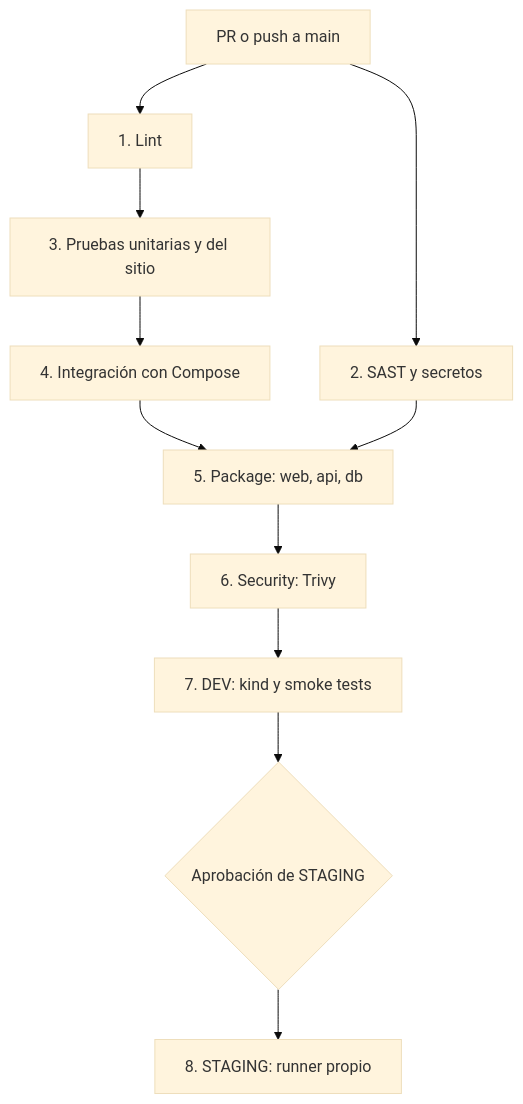
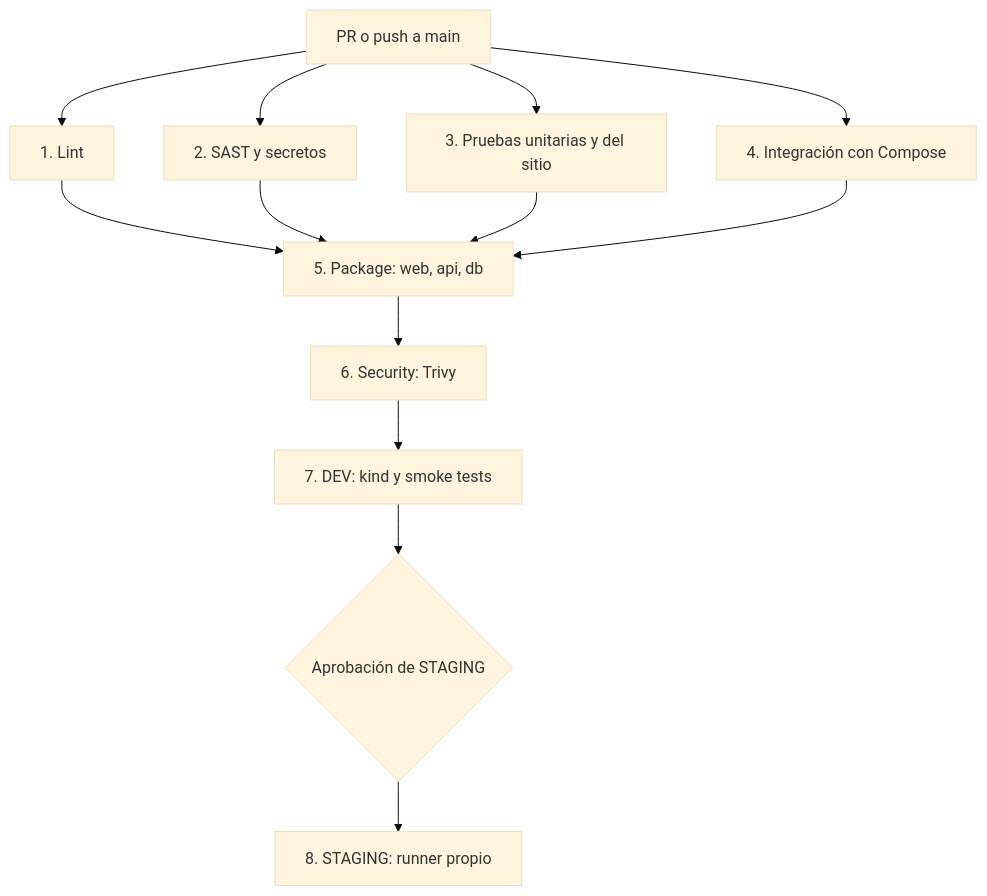
Before and after one commit to ConnieDR8/demo-cicd: the diagram in README.md, drawn with Mermaid (base theme). The commit also changed other lines of this file and 1 other file, not shown here.

````diff
--- a/README.md
+++ b/README.md
@@ -25,13 +25,15 @@
 ```mermaid
 flowchart TD
     Inicio["PR o push a main"] --> Lint["1. Lint"]
     Inicio --> SAST["2. SAST y secretos"]
-    Lint --> Unit["3. Pruebas unitarias y del sitio"]
-    Unit --> Integration["4. Integración con Compose"]
-    Integration --> Package["5. Package: web, api, db"]
+    Inicio --> Unit["3. Pruebas unitarias y del sitio"]
+    Inicio --> Integration["4. Integración con Compose"]
+    Lint --> Package["5. Package: web, api, db"]
     SAST --> Package
+    Unit --> Package
+    Integration --> Package
     Package --> Security["6. Security: Trivy"]
     Security --> Dev["7. DEV: kind y smoke tests"]
     Dev --> Aprobacion{"Aprobación de STAGING"}
     Aprobacion --> Staging["8. STAGING: runner propio"]
 ```
````
